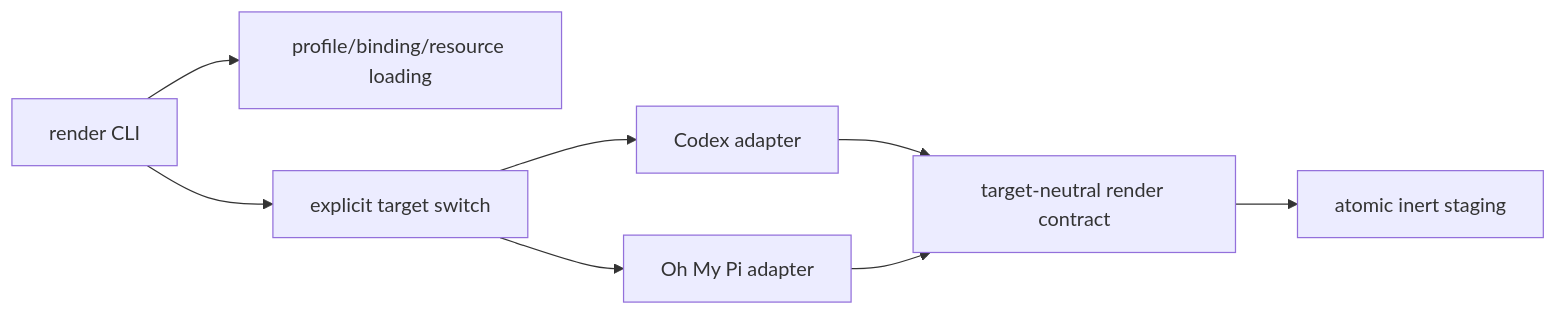
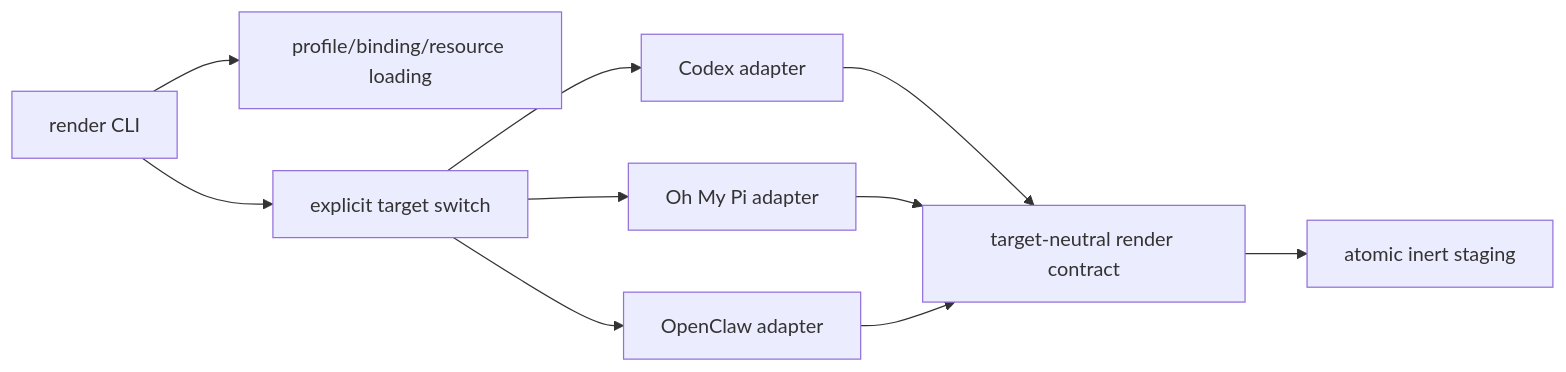
The diagram in docs/dev/adapter-architecture.md (ariel-frischer/profile-mango), drawn with Mermaid before and after one commit. The commit also changed other lines of this file and 15 other files, not shown here.

Commit message:
Add OpenClaw inert preview adapter

````diff
--- a/docs/dev/adapter-architecture.md
+++ b/docs/dev/adapter-architecture.md
@@ -9,10 +9,12 @@
 ```mermaid
 flowchart LR
     CLI[render CLI] --> LOAD[profile/binding/resource loading]
     CLI --> DISPATCH[explicit target switch]
     DISPATCH --> CODEX[Codex adapter]
     DISPATCH --> OMP[Oh My Pi adapter]
+    DISPATCH --> OPENCLAW[OpenClaw adapter]
     CODEX --> CONTRACT[target-neutral render contract]
     OMP --> CONTRACT
+    OPENCLAW --> CONTRACT
     CONTRACT --> STAGE[atomic inert staging]
 ```
````
